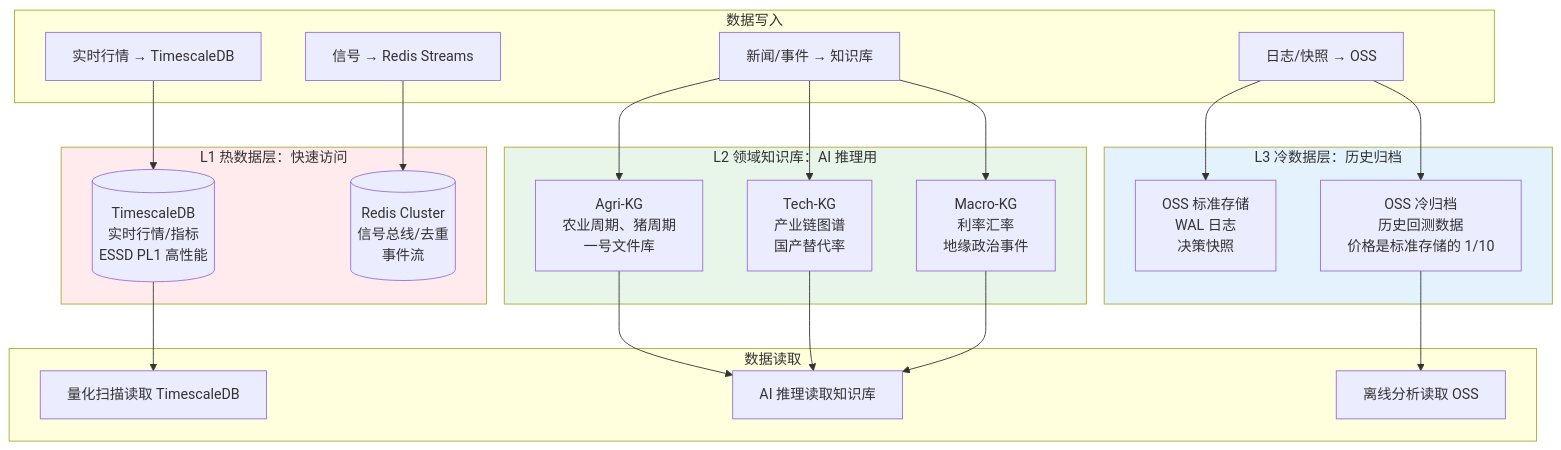
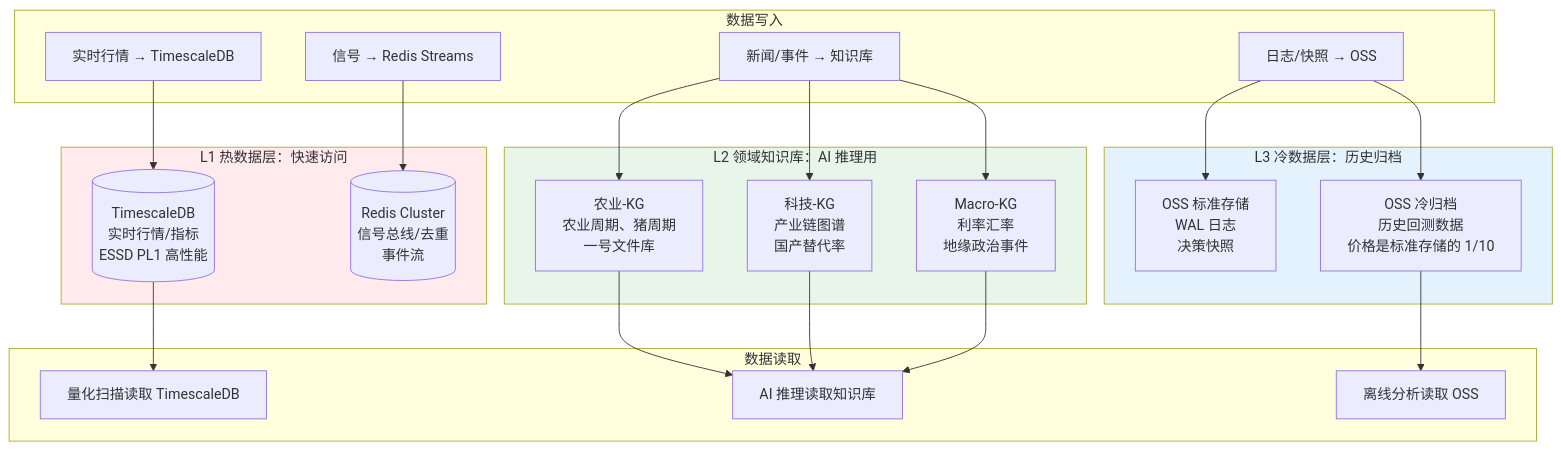
The sixth of 14 diagrams in 02_战略维度/产品设计/09_通俗易懂的逻辑链路图.md (myxxhui/diting-doc), drawn with Mermaid before and after one commit. The commit also changed other lines of this file and 71 other files, not shown here.

````diff
--- a/02_战略维度/产品设计/09_通俗易懂的逻辑链路图.md
+++ b/02_战略维度/产品设计/09_通俗易懂的逻辑链路图.md
@@ -186,49 +362,49 @@
 ```mermaid
 flowchart TB
     subgraph L1热数据[L1 热数据层：快速访问]
         TDB[(TimescaleDB<br/>实时行情/指标<br/>ESSD PL1 高性能)]
         REDIS[(Redis Cluster<br/>信号总线/去重<br/>事件流)]
     end
     
     subgraph L2知识库[L2 领域知识库：AI 推理用]
-        AGRI[Agri-KG<br/>农业周期、猪周期<br/>一号文件库]
-        TECH[Tech-KG<br/>产业链图谱<br/>国产替代率]
+        农业[农业-KG<br/>农业周期、猪周期<br/>一号文件库]
+        科技[科技-KG<br/>产业链图谱<br/>国产替代率]
         MACRO[Macro-KG<br/>利率汇率<br/>地缘政治事件]
     end
     
     subgraph L3冷归档[L3 冷数据层：历史归档]
         OSS1[OSS 标准存储<br/>WAL 日志<br/>决策快照]
         OSS2[OSS 冷归档<br/>历史回测数据<br/>价格是标准存储的 1/10]
     end
     
     subgraph 写入[数据写入]
         W1[实时行情 → TimescaleDB]
         W2[信号 → Redis Streams]
         W3[新闻/事件 → 知识库]
         W4[日志/快照 → OSS]
     end
     
     subgraph 读取[数据读取]
         R1[量化扫描读取 TimescaleDB]
         R2[AI 推理读取知识库]
         R3[离线分析读取 OSS]
     end
     
     W1 --> TDB
     W2 --> REDIS
-    W3 --> AGRI
-    W3 --> TECH
+    W3 --> 农业
+    W3 --> 科技
     W3 --> MACRO
     W4 --> OSS1
     W4 --> OSS2
     
     TDB --> R1
-    AGRI --> R2
-    TECH --> R2
+    农业 --> R2
+    科技 --> R2
     MACRO --> R2
     OSS2 --> R3
     
     style L1热数据 fill:#ffebee
     style L2知识库 fill:#e8f5e9
     style L3冷归档 fill:#e3f2fd
 ```
````
